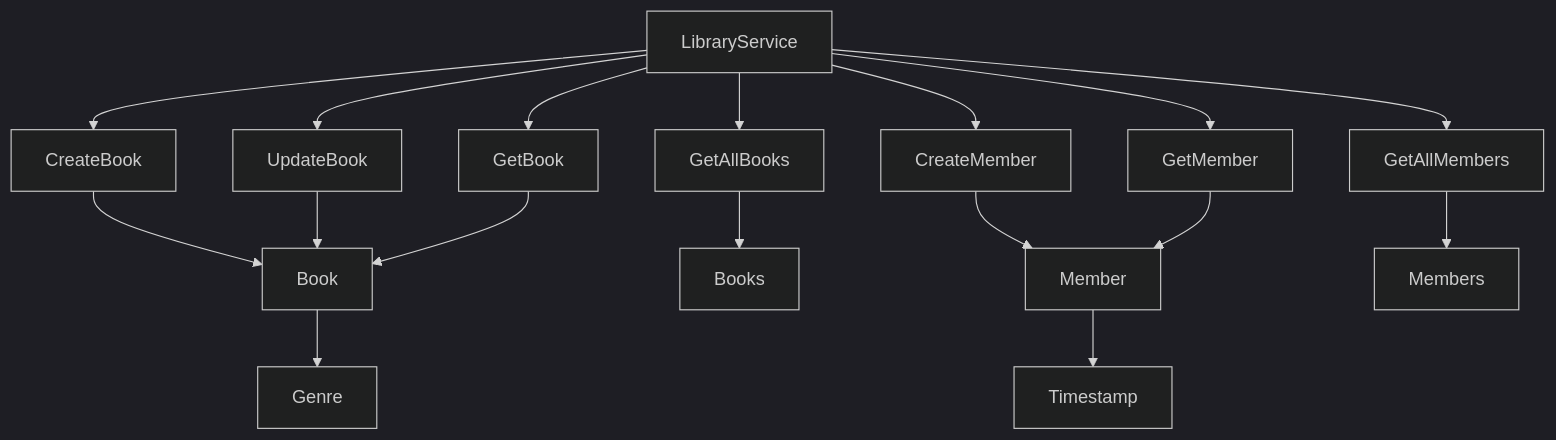
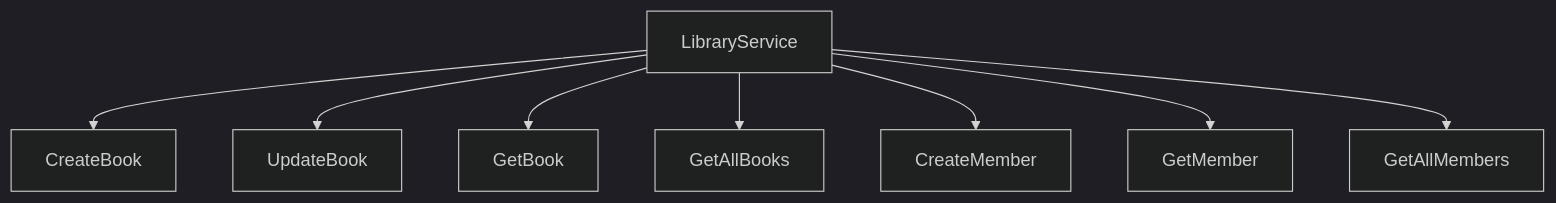
One commit to meldmy/smithy-cats-librarian changed the diagram in README.md. Above: the diagram before and after it, drawn with Mermaid (dark theme).

Commit message:
Simplify diagram

````diff
--- a/README.md
+++ b/README.md
@@ -15,19 +15,10 @@
 ```mermaid
 graph TD
   LibraryService --> CreateBook
   LibraryService --> UpdateBook
   LibraryService --> GetBook
   LibraryService --> GetAllBooks
   LibraryService --> CreateMember
   LibraryService --> GetMember
   LibraryService --> GetAllMembers
-  CreateBook --> Book
-  UpdateBook --> Book
-  GetBook --> Book
-  GetAllBooks --> Books
-  CreateMember --> Member
-  GetMember --> Member
-  GetAllMembers --> Members
-  Book --> Genre
-  Member --> Timestamp
 ```
````
